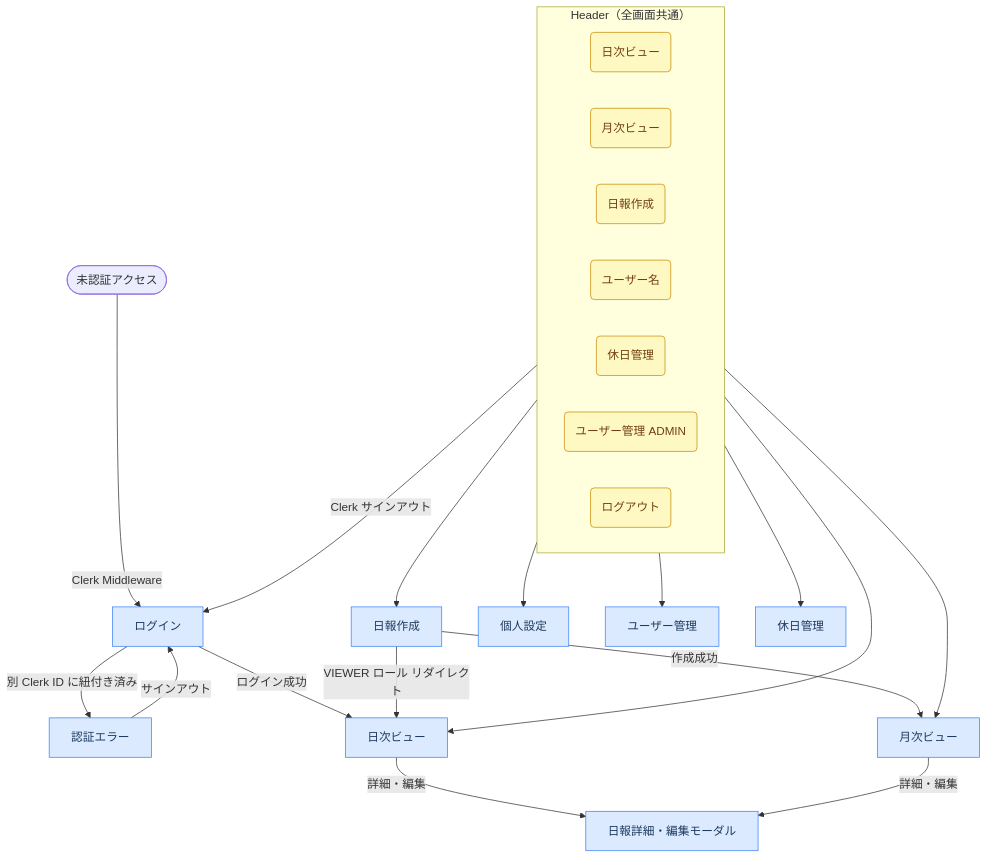
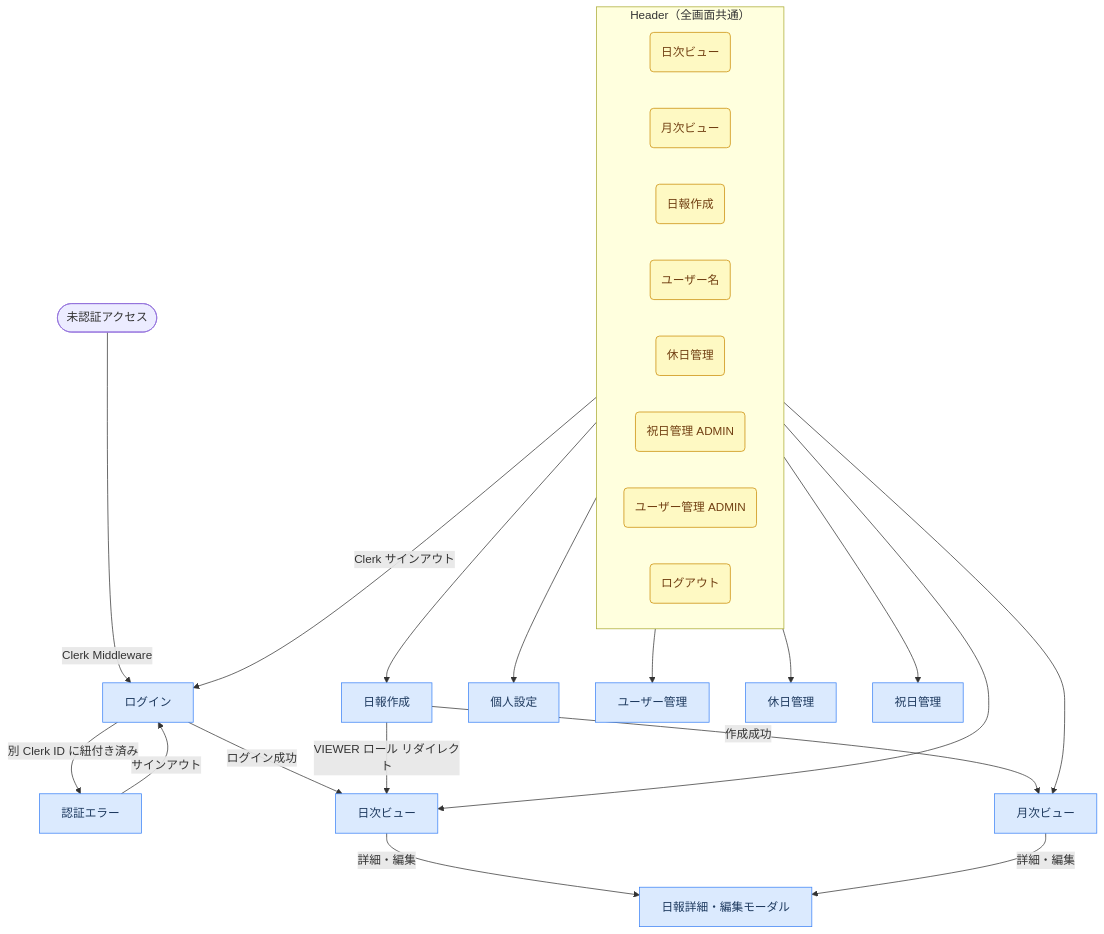
Before and after one commit to ot-nemoto/daily-hub: the diagram in docs/ui.md, drawn with Mermaid. The commit also changed other lines of this file and 20 other files, not shown here.

````diff
--- a/docs/ui.md
+++ b/docs/ui.md
@@ -20,46 +21,49 @@
 ```mermaid
 flowchart TD
     classDef screen fill:#dbeafe,stroke:#3b82f6,color:#1e3a5f
     classDef nav fill:#fef9c3,stroke:#ca8a04,color:#713f12
 
     UNAUTH([未認証アクセス])
     LOGIN[ログイン]:::screen
     AUTH_ERROR[認証エラー]:::screen
     DAILY[日次ビュー]:::screen
     MONTHLY[月次ビュー]:::screen
     NEW[日報作成]:::screen
     MODAL[日報詳細・編集モーダル]:::screen
     SETTINGS[個人設定]:::screen
     ADMIN_USERS[ユーザー管理]:::screen
     DAY_OFF[休日管理]:::screen
+    HOLIDAYS[祝日管理]:::screen
     UNAUTH -->|Clerk Middleware| LOGIN
     LOGIN -->|ログイン成功| DAILY
     LOGIN -->|別 Clerk ID に紐付き済み| AUTH_ERROR
     AUTH_ERROR -->|サインアウト| LOGIN
 
     DAILY -->|詳細・編集| MODAL
     MONTHLY -->|詳細・編集| MODAL
 
     NEW -->|作成成功| MONTHLY
     NEW -->|VIEWER ロール リダイレクト| DAILY
 
 
     subgraph Header ["Header（全画面共通）"]
         direction LR
         H_DAILY(日次ビュー):::nav
         H_MONTHLY(月次ビュー):::nav
         H_NEW(日報作成):::nav
         H_SETTINGS(ユーザー名):::nav
         H_DAY_OFF(休日管理):::nav
+        H_HOLIDAYS(祝日管理 ADMIN):::nav
         H_ADMIN_USERS(ユーザー管理 ADMIN):::nav
         H_LOGOUT(ログアウト):::nav
     end
 
     H_DAILY --> DAILY
     H_MONTHLY --> MONTHLY
     H_NEW --> NEW
     H_DAY_OFF --> DAY_OFF
+    H_HOLIDAYS --> HOLIDAYS
     H_SETTINGS --> SETTINGS
     H_ADMIN_USERS --> ADMIN_USERS
     H_LOGOUT -->|Clerk サインアウト| LOGIN
 ```
````
